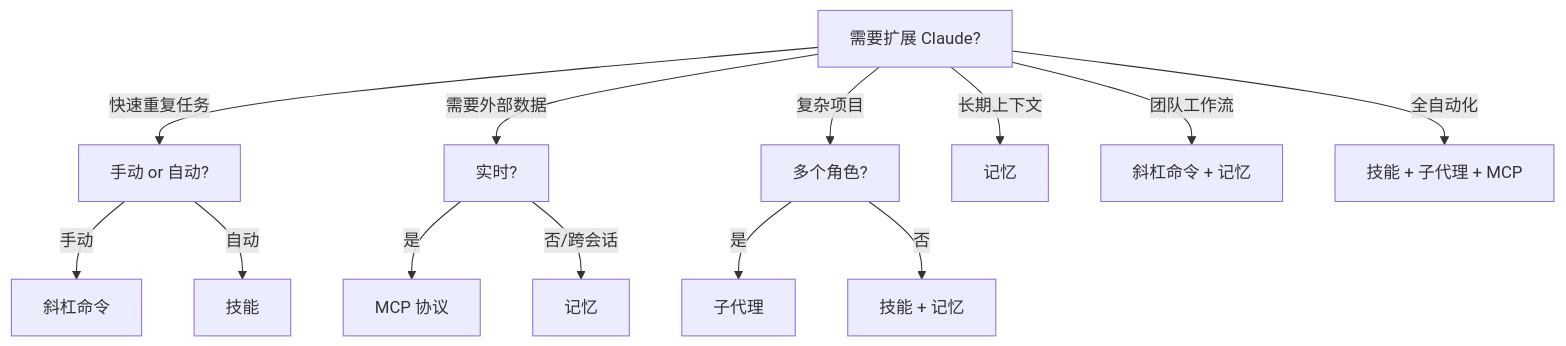
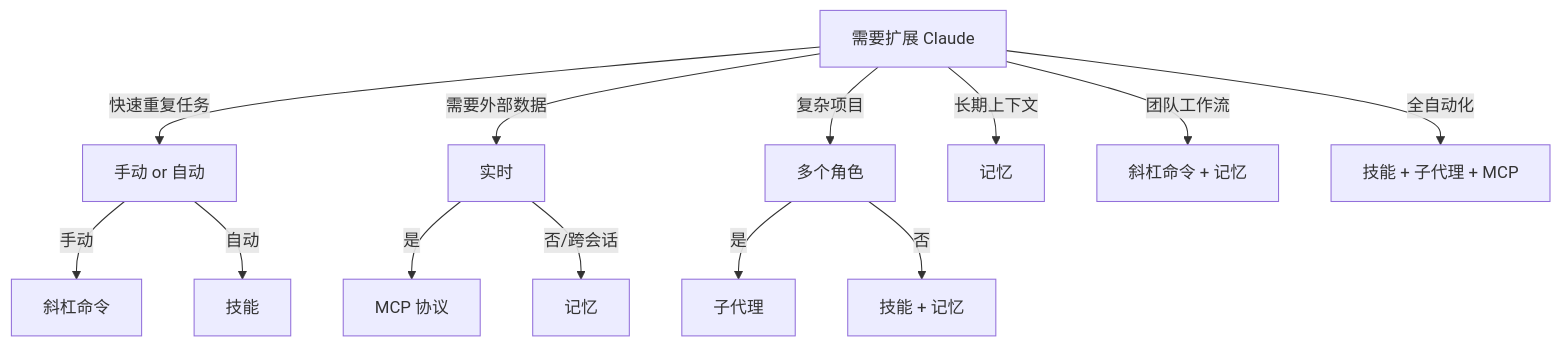
Diagram 31 of 31 in claude-howto-zh/claude_concepts_guide.md (Rx782-Fss/claude-howto-zh), drawn with Mermaid before and after one commit. The commit also changed other lines of this file and 6 other files, not shown here.

First line of the commit message:
fix: 清除 Mermaid 节点/消息中的问号(?)导致GitHub渲染失败

````diff
--- a/claude-howto-zh/claude_concepts_guide.md
+++ b/claude-howto-zh/claude_concepts_guide.md
@@ -2731,20 +2731,20 @@
 ```mermaid
 graph TD
-    Start["需要扩展 Claude?"]
+    Start["需要扩展 Claude"]
 
-    Start -->|快速重复任务| A["手动 or 自动?"]
+    Start -->|快速重复任务| A["手动 or 自动"]
     A -->|手动| B["斜杠命令"]
     A -->|自动| C["技能"]
 
-    Start -->|需要外部数据| D["实时?"]
+    Start -->|需要外部数据| D["实时"]
     D -->|是| E["MCP 协议"]
     D -->|否/跨会话| F["记忆"]
 
-    Start -->|复杂项目| G["多个角色?"]
+    Start -->|复杂项目| G["多个角色"]
     G -->|是| H["子代理"]
     G -->|否| I["技能 + 记忆"]
 
     Start -->|长期上下文| J["记忆"]
     Start -->|团队工作流| K["斜杠命令 + 记忆"]
     Start -->|全自动化| L["技能 + 子代理 + MCP"]
 ```
````
